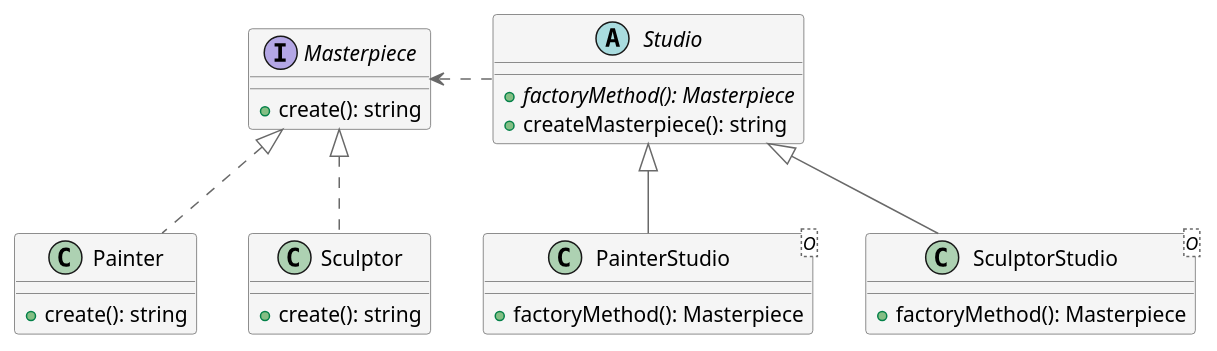
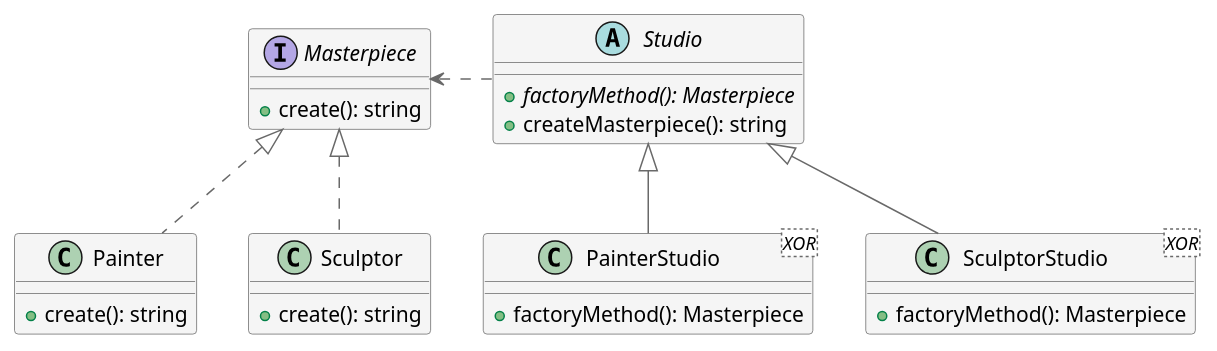
One commit to plkpiotr/design-patterns changed the diagram in src/app/creational/factory-method/factory-method.puml. Above: the diagram before and after it, drawn with PlantUML. The commit also changed other lines of this file and 14 other files, not shown here.

```diff
--- a/src/app/creational/factory-method/factory-method.puml
+++ b/src/app/creational/factory-method/factory-method.puml
@@ -1,42 +1,45 @@
 @startuml
 
 skinparam class {
   backgroundColor whitesmoke
   arrowColor dimgrey
   borderColor dimgrey
 }
 
 interface Masterpiece {
   + create(): string
 }
 
 abstract class Studio {
   + {abstract} factoryMethod(): Masterpiece
   + createMasterpiece(): string
 }
 
 class Painter {
   + create(): string
 }
 
 class Sculptor {
   + create(): string
 }
 
-class PainterStudio <O> {
+class PainterStudio <XOR> {
   + factoryMethod(): Masterpiece
 }
 
-class SculptorStudio <O> {
+class SculptorStudio <XOR> {
   + factoryMethod(): Masterpiece
 }
 
 Masterpiece <|.. Painter
 Masterpiece <|.. Sculptor
 
 Studio <|-- PainterStudio
 Studio <|-- SculptorStudio
 
 Masterpiece <. Studio
 
+'Painter .. PainterStudio
+'Sculptor .. SculptorStudio
+
 @enduml
```
